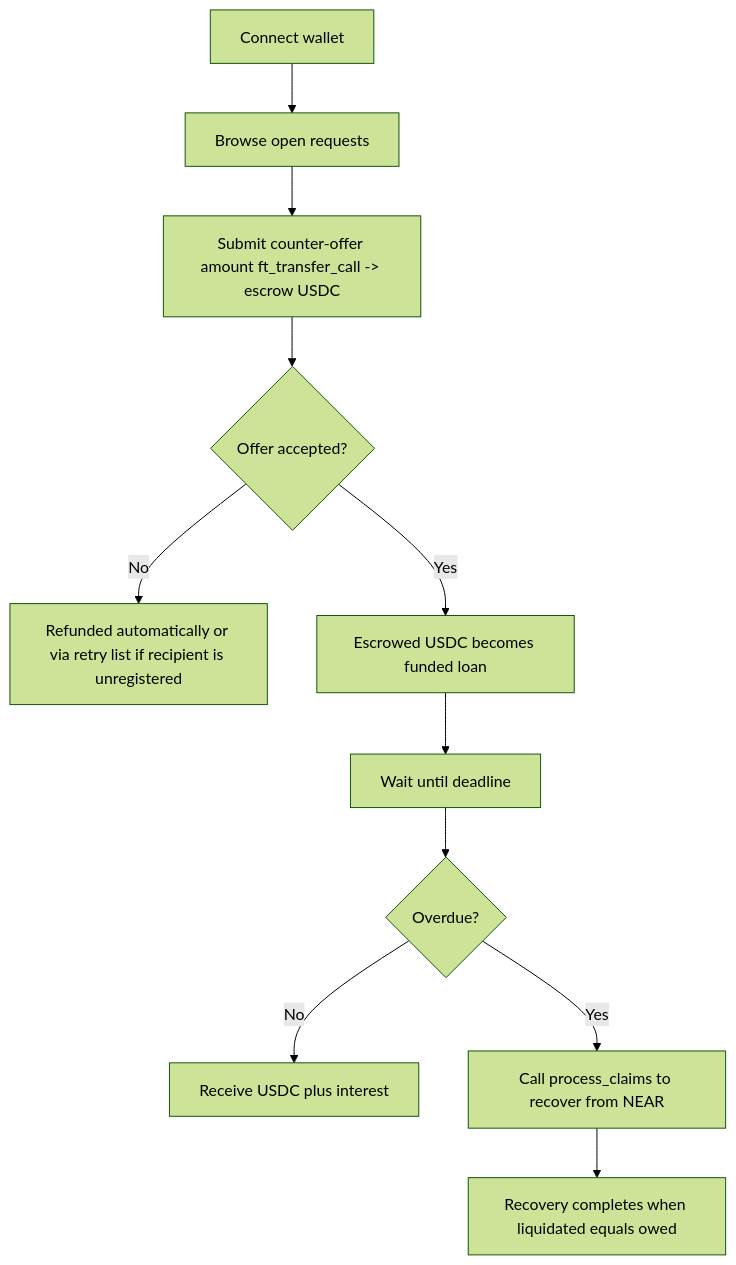
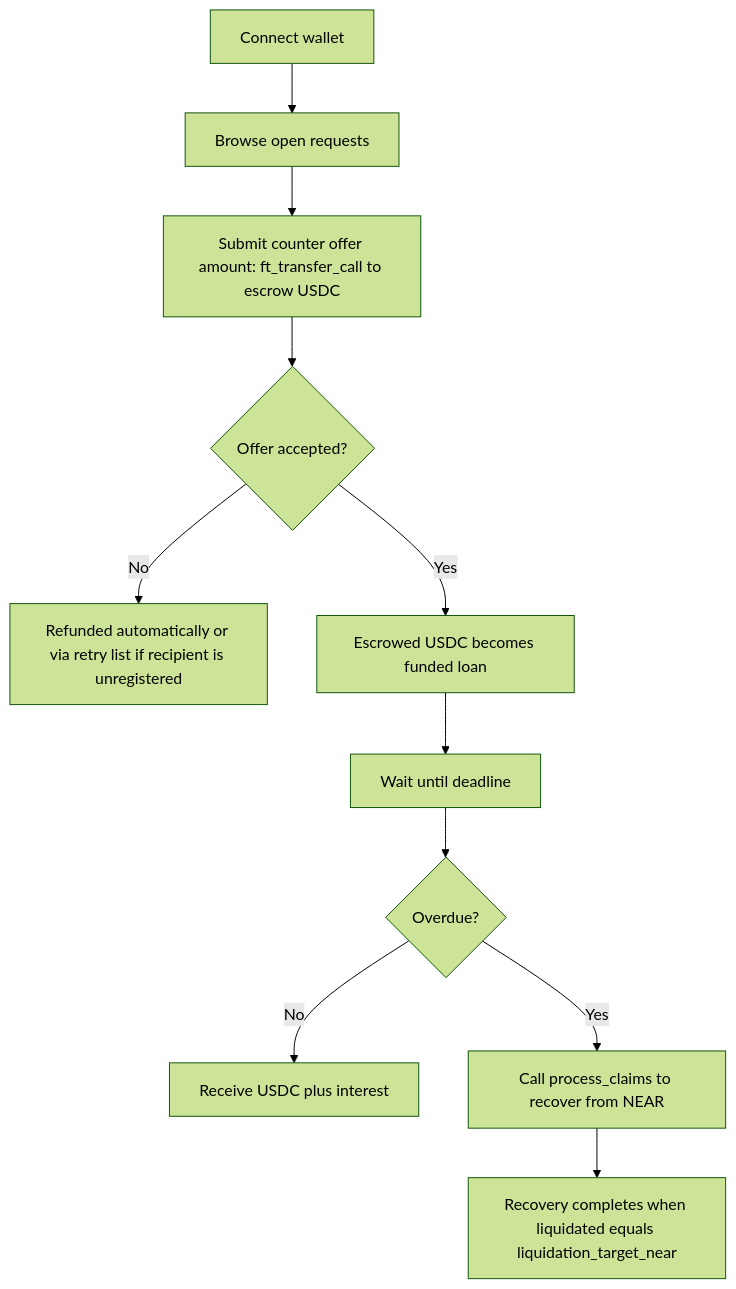
The second of 6 diagrams in PERSONAS_AND_FLOWS.md (sudostake/resources), drawn with Mermaid (forest theme) before and after one commit. The commit also changed other lines of this file, not shown here.

First line of the commit message:
Revise personas and flow documentation for NEAR MVP

````diff
--- a/PERSONAS_AND_FLOWS.md
+++ b/PERSONAS_AND_FLOWS.md
@@ -102,13 +114,13 @@
 ```mermaid
 flowchart TD
-A[Connect wallet] --> B[Browse open requests]
-B --> C[Submit counter‑offer amount ft_transfer_call -> escrow USDC]
-C --> D{Offer accepted?}
-D -- No --> E[Refunded automatically or via retry list if recipient is unregistered]
-D -- Yes --> F[Escrowed USDC becomes funded loan]
-F --> G[Wait until deadline]
-G --> H{Overdue?}
-H -- No --> I[Receive USDC plus interest]
-H -- Yes --> J[Call process_claims to recover from NEAR]
-J --> K[Recovery completes when liquidated equals owed]
+    A[Connect wallet] --> B[Browse open requests]
+    B --> C[Submit counter offer amount: ft_transfer_call to escrow USDC]
+    C --> D{Offer accepted?}
+    D -- No --> E[Refunded automatically or via retry list if recipient is unregistered]
+    D -- Yes --> F[Escrowed USDC becomes funded loan]
+    F --> G[Wait until deadline]
+    G --> H{Overdue?}
+    H -- No --> I[Receive USDC plus interest]
+    H -- Yes --> J[Call process_claims to recover from NEAR]
+    J --> K[Recovery completes when liquidated equals liquidation_target_near]
 ```
````
